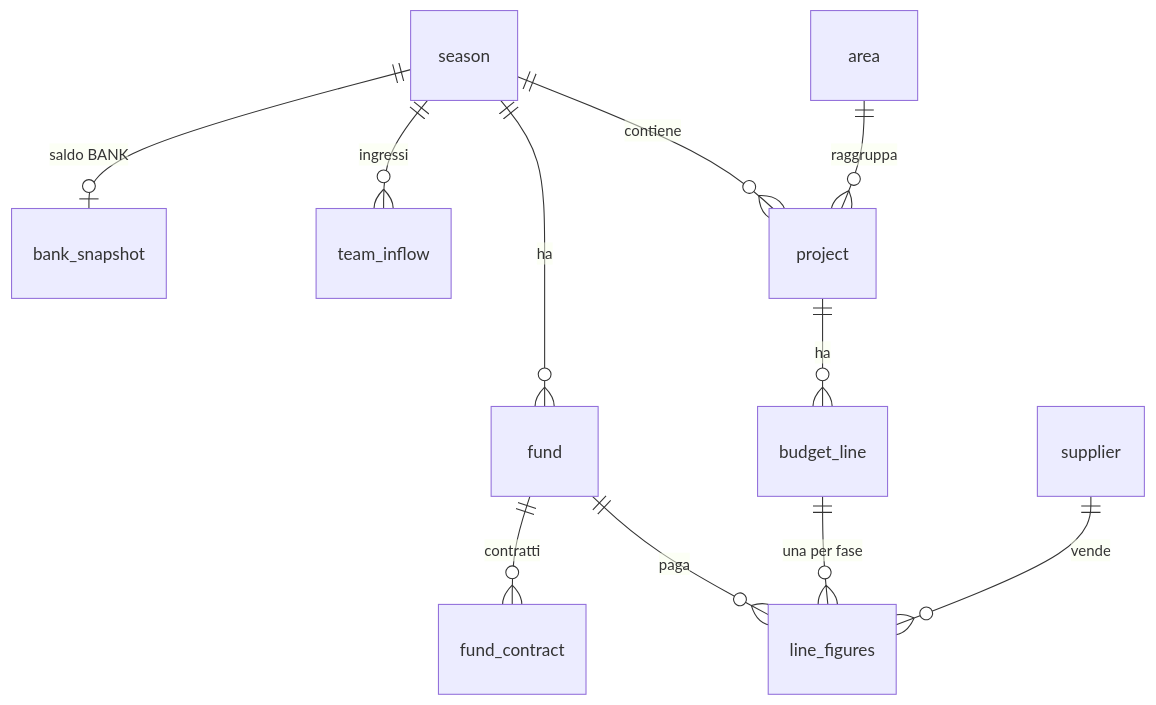
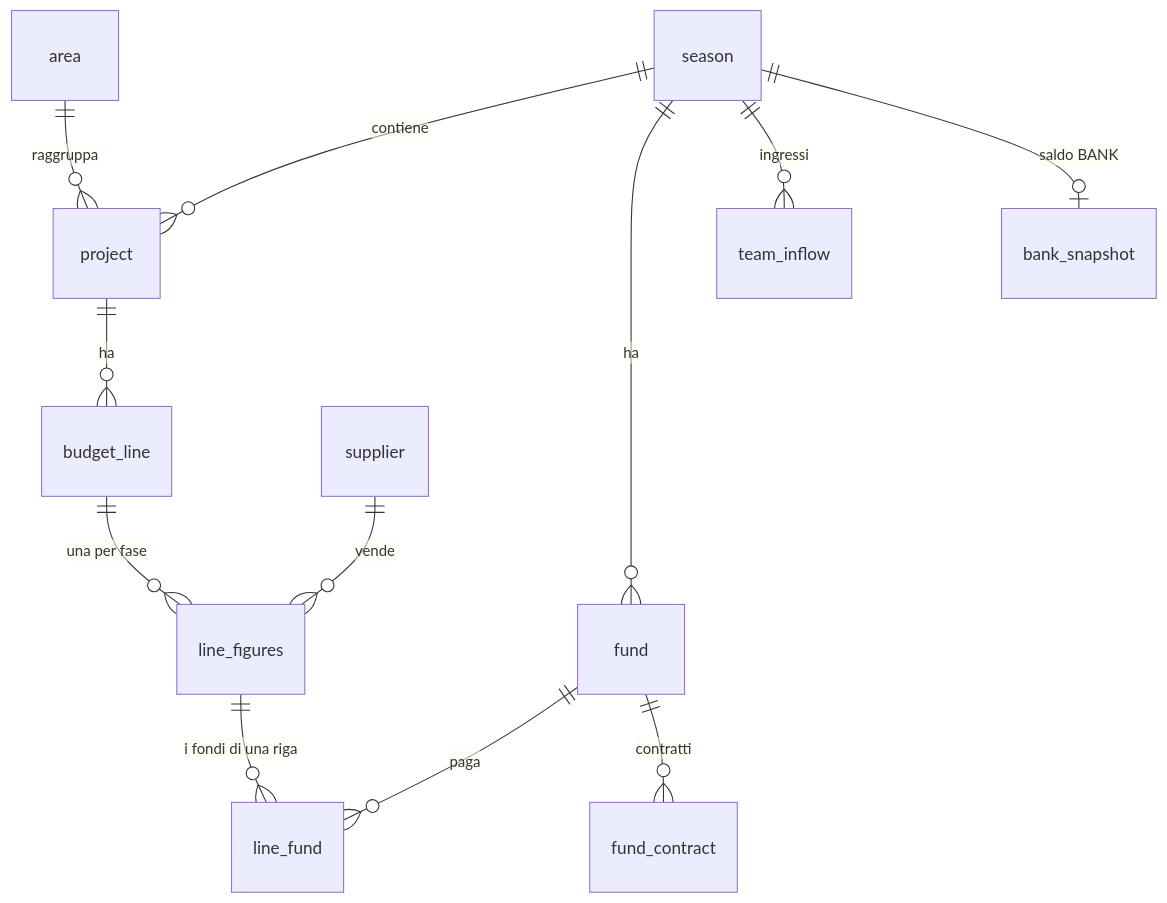
The second of 2 diagrams in docs/come-funziona.md (KevinRomanello/Simple-configurable-ERP), drawn with Mermaid before and after one commit. The commit also changed other lines of this file and 78 other files, not shown here.

````diff
--- a/docs/come-funziona.md
+++ b/docs/come-funziona.md
@@ -125,13 +125,14 @@
 ```mermaid
 erDiagram
   season ||--o{ project : contiene
   area ||--o{ project : raggruppa
   project ||--o{ budget_line : ha
   budget_line ||--o{ line_figures : "una per fase"
-  fund ||--o{ line_figures : "paga"
+  fund ||--o{ line_fund : "paga"
+  line_figures ||--o{ line_fund : "i fondi di una riga"
   supplier ||--o{ line_figures : "vende"
   season ||--o{ fund : ha
   fund ||--o{ fund_contract : "contratti"
   season ||--o{ team_inflow : "ingressi"
   season ||--o| bank_snapshot : "saldo BANK"
 ```
````
